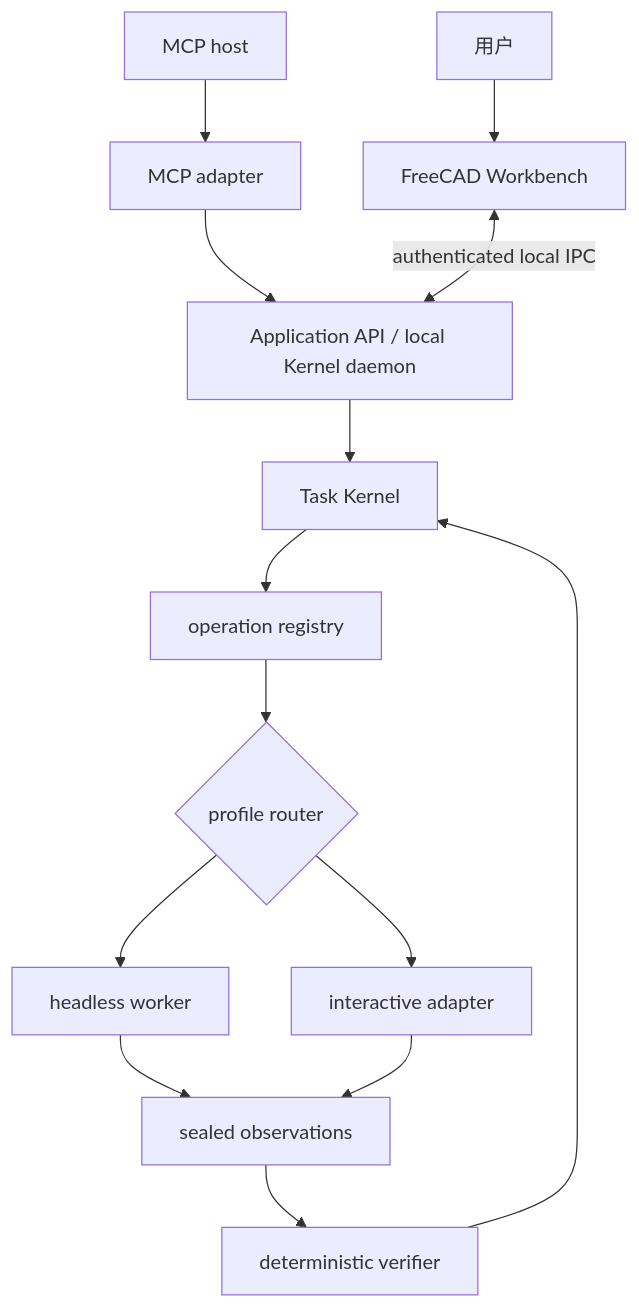
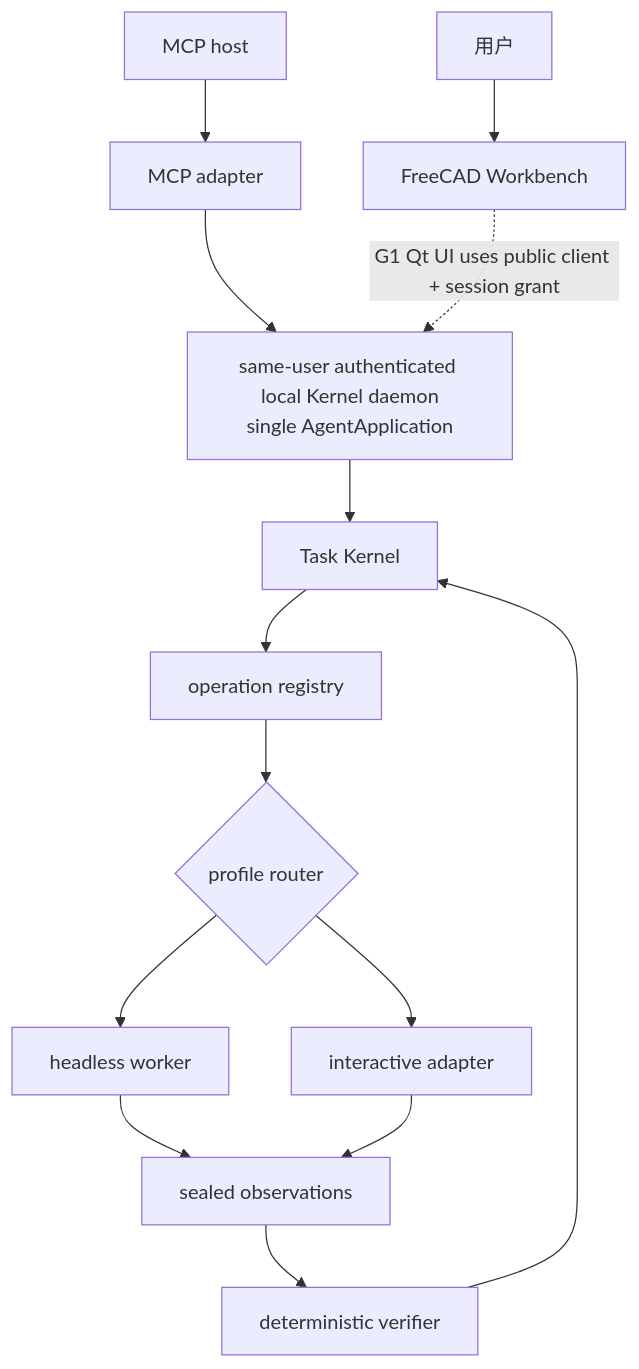
Before and after one commit to wangtao9090/VibeCAD: the second of 2 diagrams in docs/AGENT_ARCHITECTURE.md, drawn with Mermaid. The commit also changed other lines of this file and 26 other files, not shown here.

````diff
--- a/docs/AGENT_ARCHITECTURE.md
+++ b/docs/AGENT_ARCHITECTURE.md
@@ -239,16 +248,16 @@
 ```mermaid
 flowchart TB
     H["MCP host"] --> M["MCP adapter"]
     U["用户"] --> G["FreeCAD Workbench"]
-    M --> A["Application API / local Kernel daemon"]
-    G <-->|"authenticated local IPC"| A
+    M --> A["same-user authenticated local Kernel daemon<br/>single AgentApplication"]
+    G -.->|"G1 Qt UI uses public client + session grant"| A
     A --> K["Task Kernel"]
     K --> R["operation registry"]
     R --> X{"profile router"}
     X --> W["headless worker"]
     X --> I["interactive adapter"]
     W --> O["sealed observations"]
     I --> O
     O --> V["deterministic verifier"]
     V --> K
 ```
````
